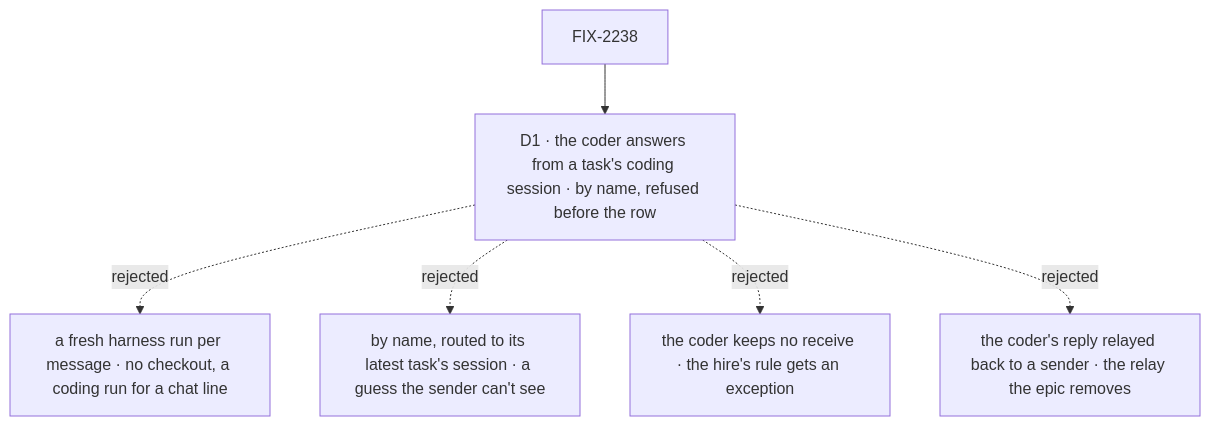
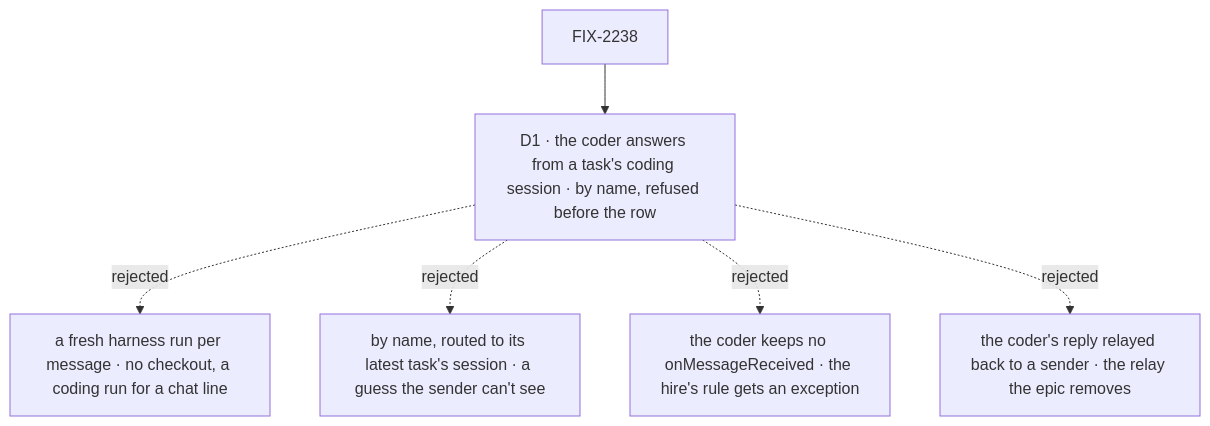
The diagram in specs/issues/FIX-2238/DECISIONS.md (fixpoint-labs/flow-state-dev), drawn with Mermaid before and after one commit. The commit also changed other lines of this file and 10 other files, not shown here.

First line of the commit message:
FIX-2070/FIX-2238 specs: the entry is onMessageReceived

````diff
--- a/specs/issues/FIX-2238/DECISIONS.md
+++ b/specs/issues/FIX-2238/DECISIONS.md
@@ -17,8 +17,8 @@
 ```mermaid
 flowchart TD
   I["FIX-2238"] --> D1["D1 · the coder answers from a task's coding session · by name, refused before the row"]
   D1 -.->|"rejected"| X1["a fresh harness run per message · no checkout, a coding run for a chat line"]
   D1 -.->|"rejected"| X2["by name, routed to its latest task's session · a guess the sender can't see"]
-  D1 -.->|"rejected"| X3["the coder keeps no receive · the hire's rule gets an exception"]
+  D1 -.->|"rejected"| X3["the coder keeps no onMessageReceived · the hire's rule gets an exception"]
   D1 -.->|"rejected"| X4["the coder's reply relayed back to a sender · the relay the epic removes"]
 ```
````
